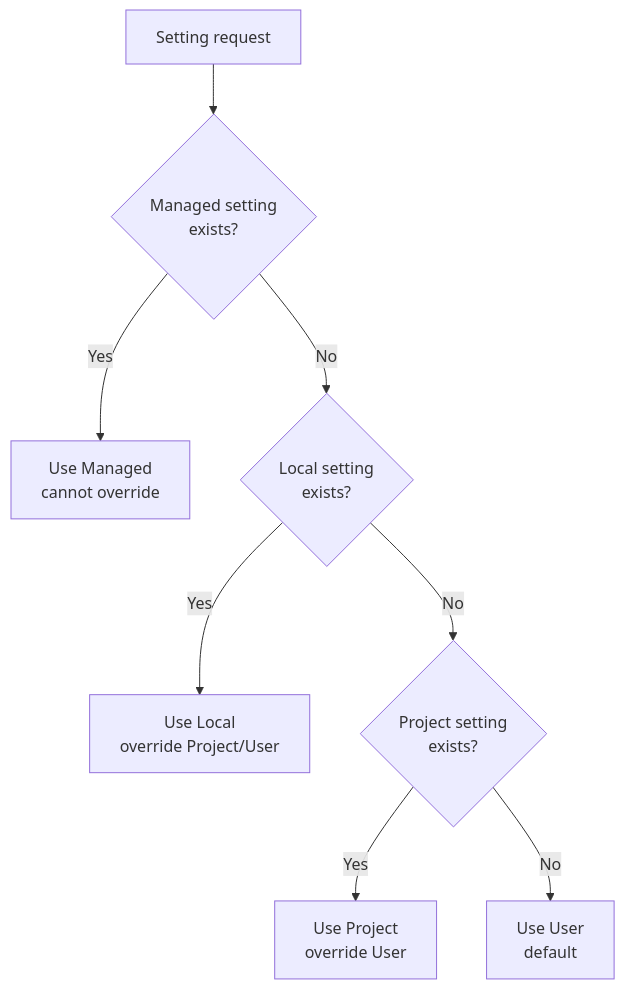
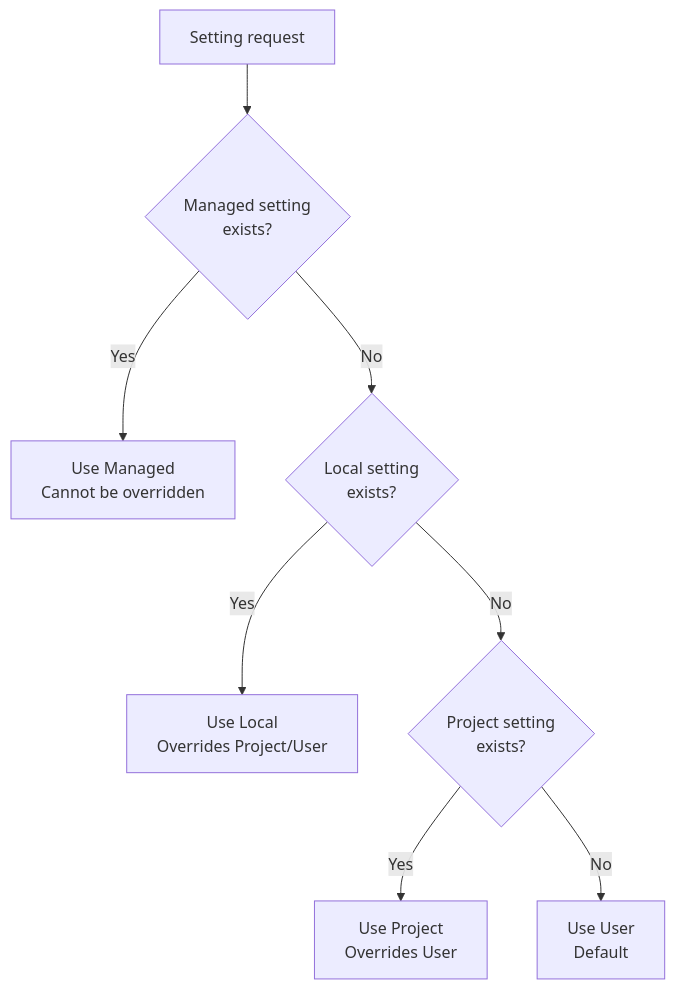
Before and after one commit to modu-ai/moai-adk: the first of 2 diagrams in docs-site/content/en/advanced/settings-json.md, drawn with Mermaid. The commit also changed other lines of this file and 395 other files, not shown here.

````diff
--- a/docs-site/content/en/advanced/settings-json.md
+++ b/docs-site/content/en/advanced/settings-json.md
@@ -30,10 +30,10 @@
 ```mermaid
 flowchart TD
     A[Setting request] --> B{Managed setting<br>exists?}
-    B -->|Yes| C[Use Managed<br>cannot override]
+    B -->|Yes| C[Use Managed<br>Cannot be overridden]
     B -->|No| D{Local setting<br>exists?}
-    D -->|Yes| E[Use Local<br>override Project/User]
+    D -->|Yes| E[Use Local<br>Overrides Project/User]
     D -->|No| F{Project setting<br>exists?}
-    F -->|Yes| G[Use Project<br>override User]
-    F -->|No| H[Use User<br>default]
+    F -->|Yes| G[Use Project<br>Overrides User]
+    F -->|No| H[Use User<br>Default]
 ```
````
